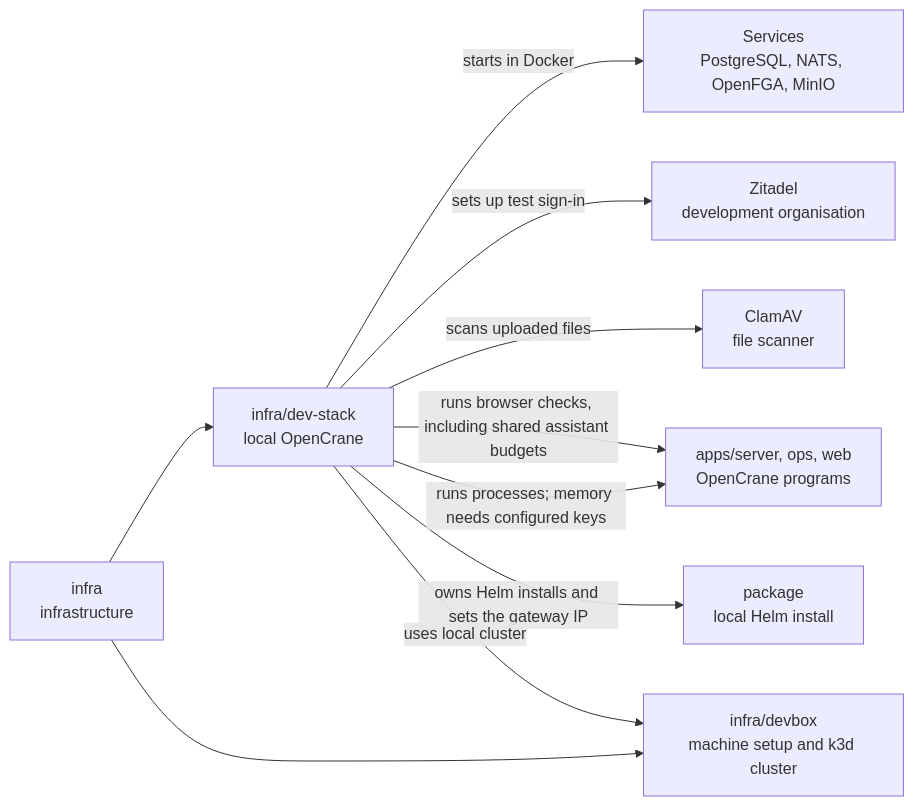
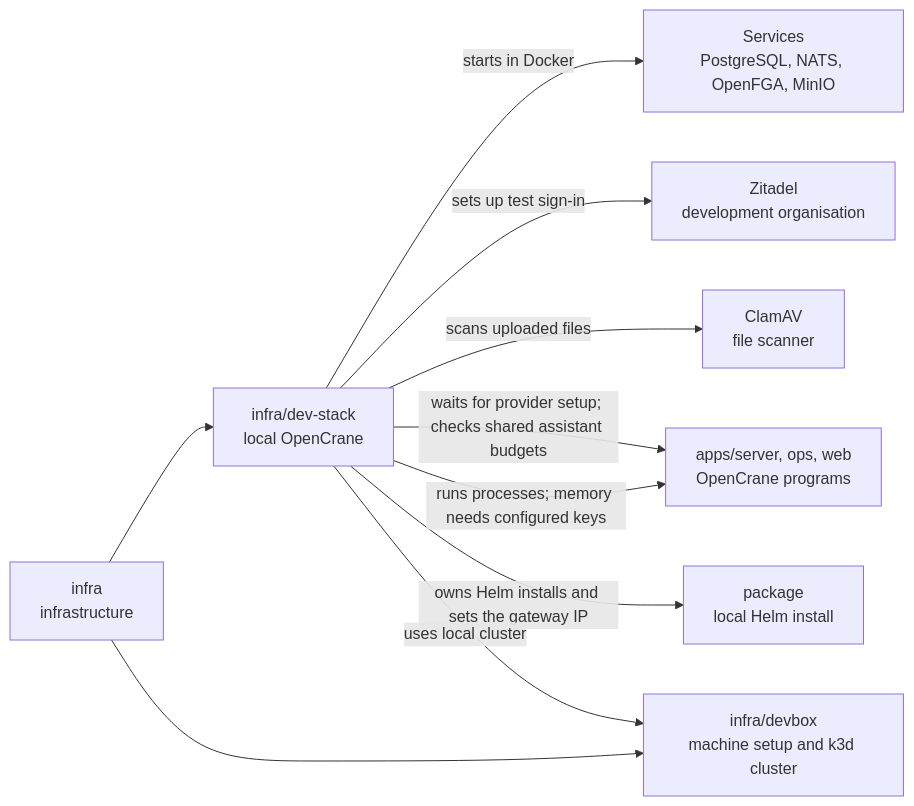
One commit to elewa-git/opencrane-new changed the diagram in infra/dev-stack/README.md. Above: the diagram before and after it, drawn with Mermaid. The commit also changed other lines of this file and 3 other files, not shown here.

Commit message:
🛠️ Wait for the first provider binding during fresh setup

````diff
--- a/infra/dev-stack/README.md
+++ b/infra/dev-stack/README.md
@@ -15,12 +15,12 @@
 ```mermaid
 flowchart LR
   infra["infra<br/>infrastructure"] --> stack["infra/dev-stack<br/>local OpenCrane"]
   stack -->|starts in Docker| services["Services<br/>PostgreSQL, NATS, OpenFGA, MinIO"]
   stack -->|sets up test sign-in| zitadel["Zitadel<br/>development organisation"]
   stack -->|scans uploaded files| clamav["ClamAV<br/>file scanner"]
   stack -->|runs processes; memory needs configured keys| apps["apps/server, ops, web<br/>OpenCrane programs"]
   stack -->|owns Helm installs and sets the gateway IP| package["package<br/>local Helm install"]
-  stack -->|runs browser checks, including shared assistant budgets| apps
+  stack -->|waits for provider setup; checks shared assistant budgets| apps
   infra --> devbox["infra/devbox<br/>machine setup and k3d cluster"]
   stack -->|uses local cluster| devbox
 ```
````
